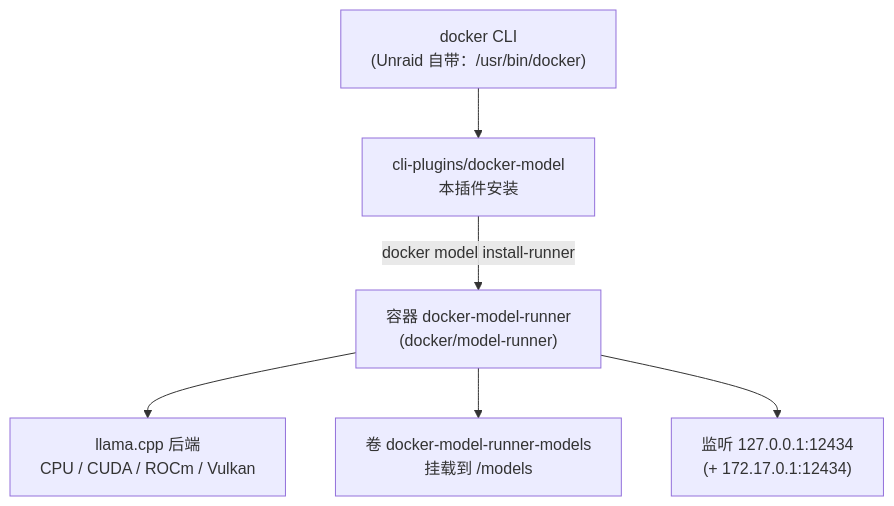
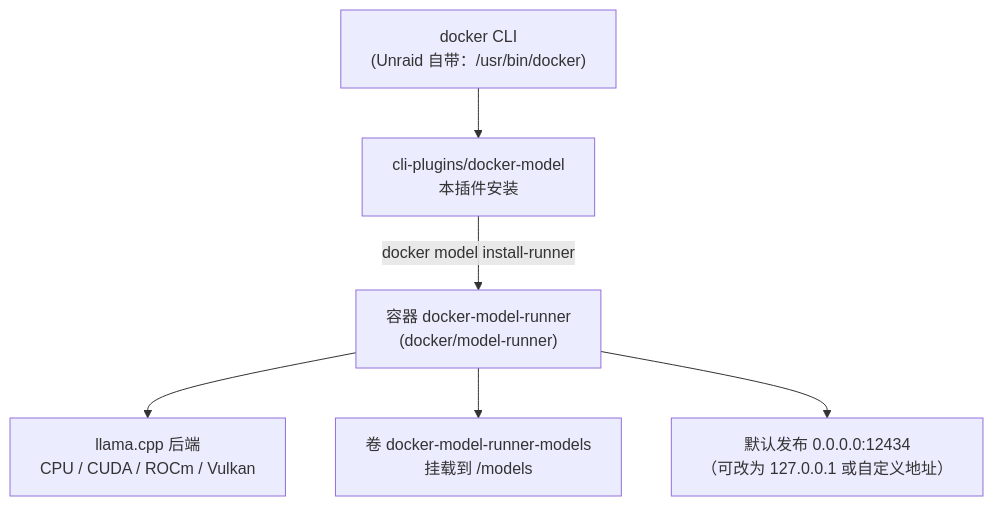
Before and after one commit to zhz8888/unraid-plugin-docker-model: the first of 3 diagrams in docs/02-technical-design.md, drawn with Mermaid. The commit also changed other lines of this file and 8 other files, not shown here.

````diff
--- a/docs/02-technical-design.md
+++ b/docs/02-technical-design.md
@@ -49,16 +49,16 @@
 ```mermaid
 %%{init: {"flowchart": {"wrappingWidth": 400}}}%%
 flowchart TD
   CLI["docker CLI<br/>(Unraid 自带：/usr/bin/docker)"]
   PLUGIN["cli-plugins/docker-model<br/>本插件安装"]
   RUNNER["容器 docker-model-runner<br/>(docker/model-runner)"]
   BACKEND["llama.cpp 后端<br/>CPU / CUDA / ROCm / Vulkan"]
   VOLUME["卷 docker-model-runner-models<br/>挂载到 /models"]
-  PORT["监听 127.0.0.1:12434<br/>(+ 172.17.0.1:12434)"]
+  PORT["默认发布 0.0.0.0:12434<br/>（可改为 127.0.0.1 或自定义地址）"]
 
   CLI --> PLUGIN
   PLUGIN -->|"docker model install-runner"| RUNNER
   RUNNER --> BACKEND
   RUNNER --> VOLUME
   RUNNER --> PORT
 ```
````
